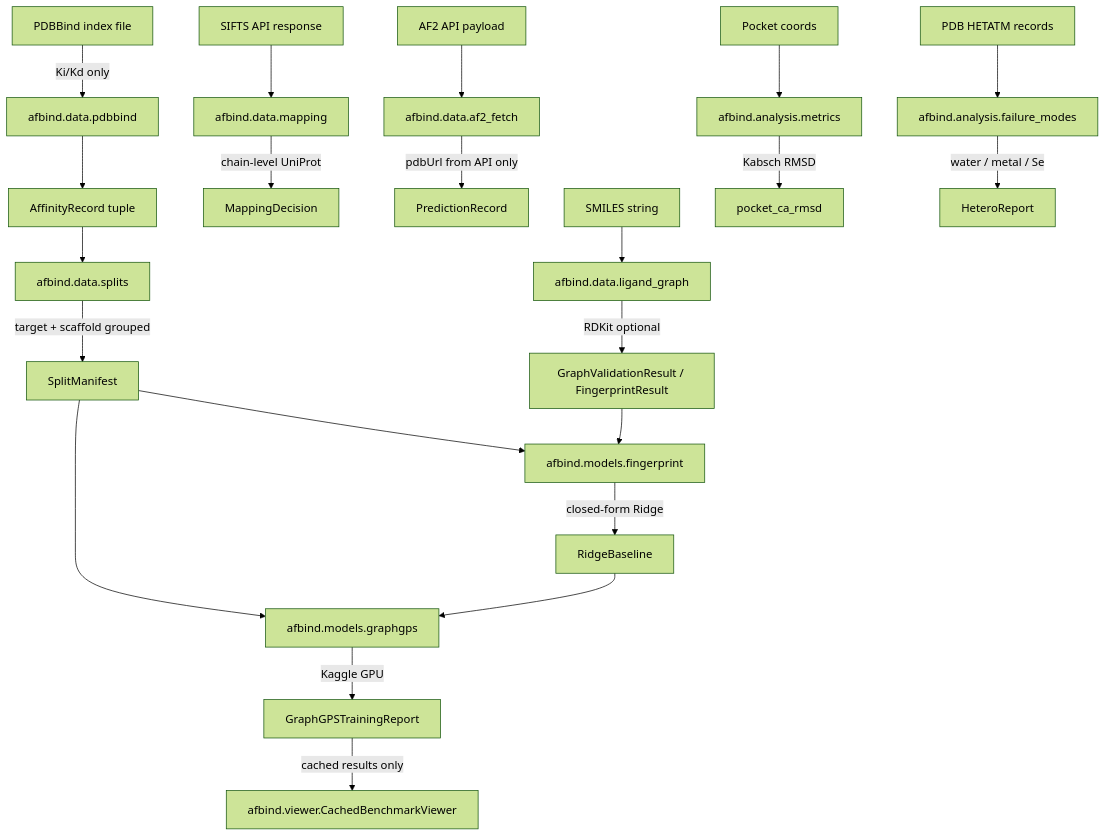
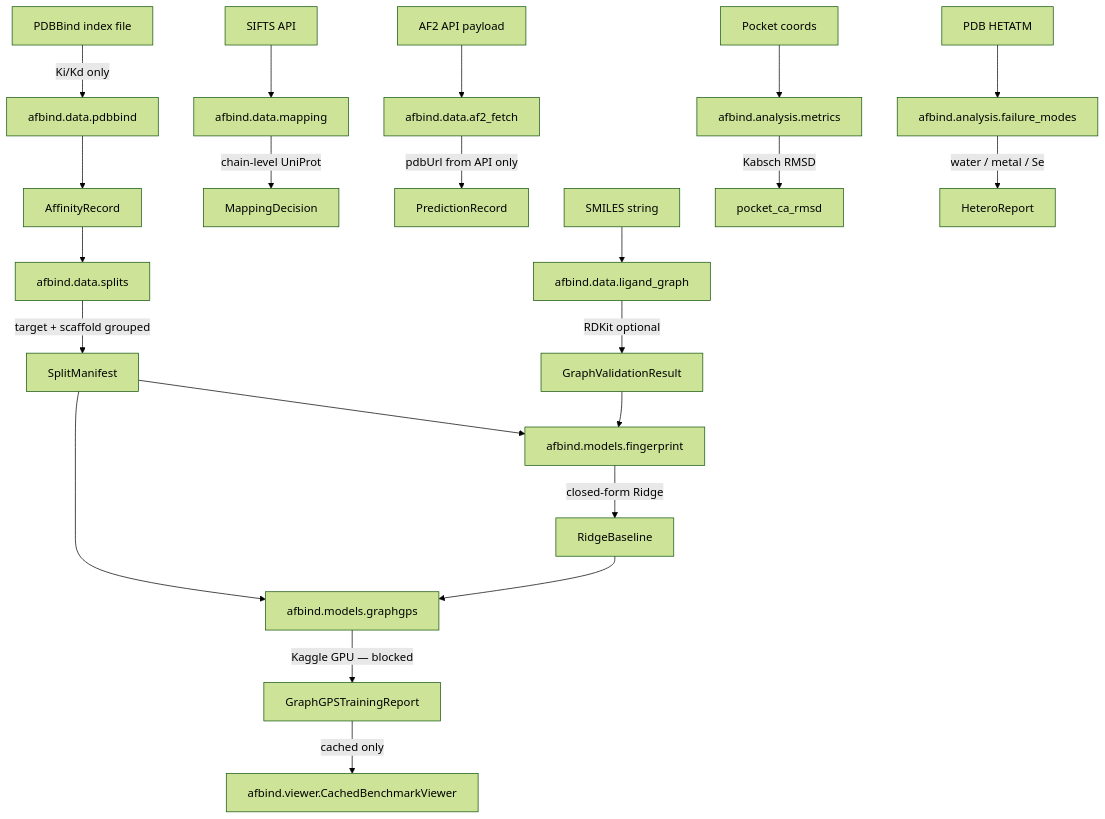
Before and after one commit to ajinkya-awari/afbind: the diagram in README.md, drawn with Mermaid (forest theme). The commit also changed other lines of this file and 1 other file, not shown here.

First line of the commit message:
Rewrite README with journey/bugs sections; revert DataLoader generator

````diff
--- a/README.md
+++ b/README.md
@@ -32,30 +179,30 @@
 ```mermaid
 flowchart TD
     A[PDBBind index file] -->|Ki/Kd only| B[afbind.data.pdbbind]
-    B --> C[AffinityRecord tuple]
+    B --> C[AffinityRecord]
     C --> D[afbind.data.splits]
     D -->|target + scaffold grouped| E[SplitManifest]
 
-    F[SIFTS API response] --> G[afbind.data.mapping]
+    F[SIFTS API] --> G[afbind.data.mapping]
     G -->|chain-level UniProt| H[MappingDecision]
 
     I[AF2 API payload] --> J[afbind.data.af2_fetch]
     J -->|pdbUrl from API only| K[PredictionRecord]
 
     L[SMILES string] --> M[afbind.data.ligand_graph]
-    M -->|RDKit optional| N[GraphValidationResult / FingerprintResult]
+    M -->|RDKit optional| N[GraphValidationResult]
 
     E & N --> O[afbind.models.fingerprint]
     O -->|closed-form Ridge| P[RidgeBaseline]
 
     Q[Pocket coords] --> R[afbind.analysis.metrics]
     R -->|Kabsch RMSD| S[pocket_ca_rmsd]
 
-    T[PDB HETATM records] --> U[afbind.analysis.failure_modes]
+    T[PDB HETATM] --> U[afbind.analysis.failure_modes]
     U -->|water / metal / Se| V[HeteroReport]
 
     E & P --> W[afbind.models.graphgps]
-    W -->|Kaggle GPU| X[GraphGPSTrainingReport]
+    W -->|Kaggle GPU — blocked| X[GraphGPSTrainingReport]
 
-    X -->|cached results only| Y[afbind.viewer.CachedBenchmarkViewer]
+    X -->|cached only| Y[afbind.viewer.CachedBenchmarkViewer]
 ```
````
